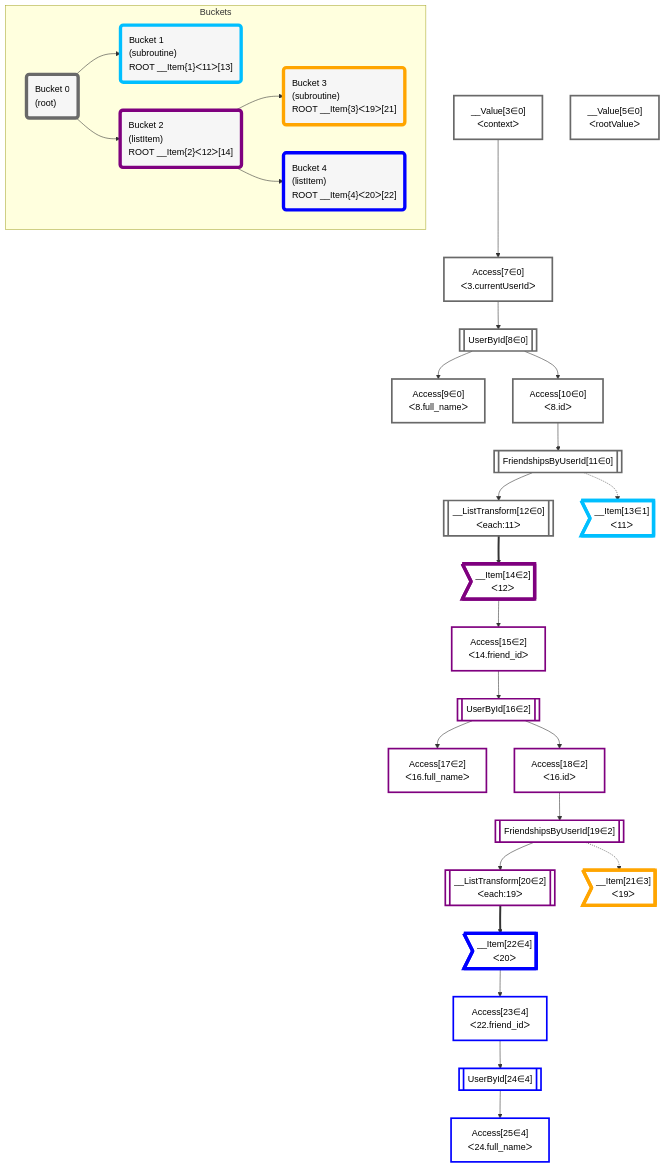
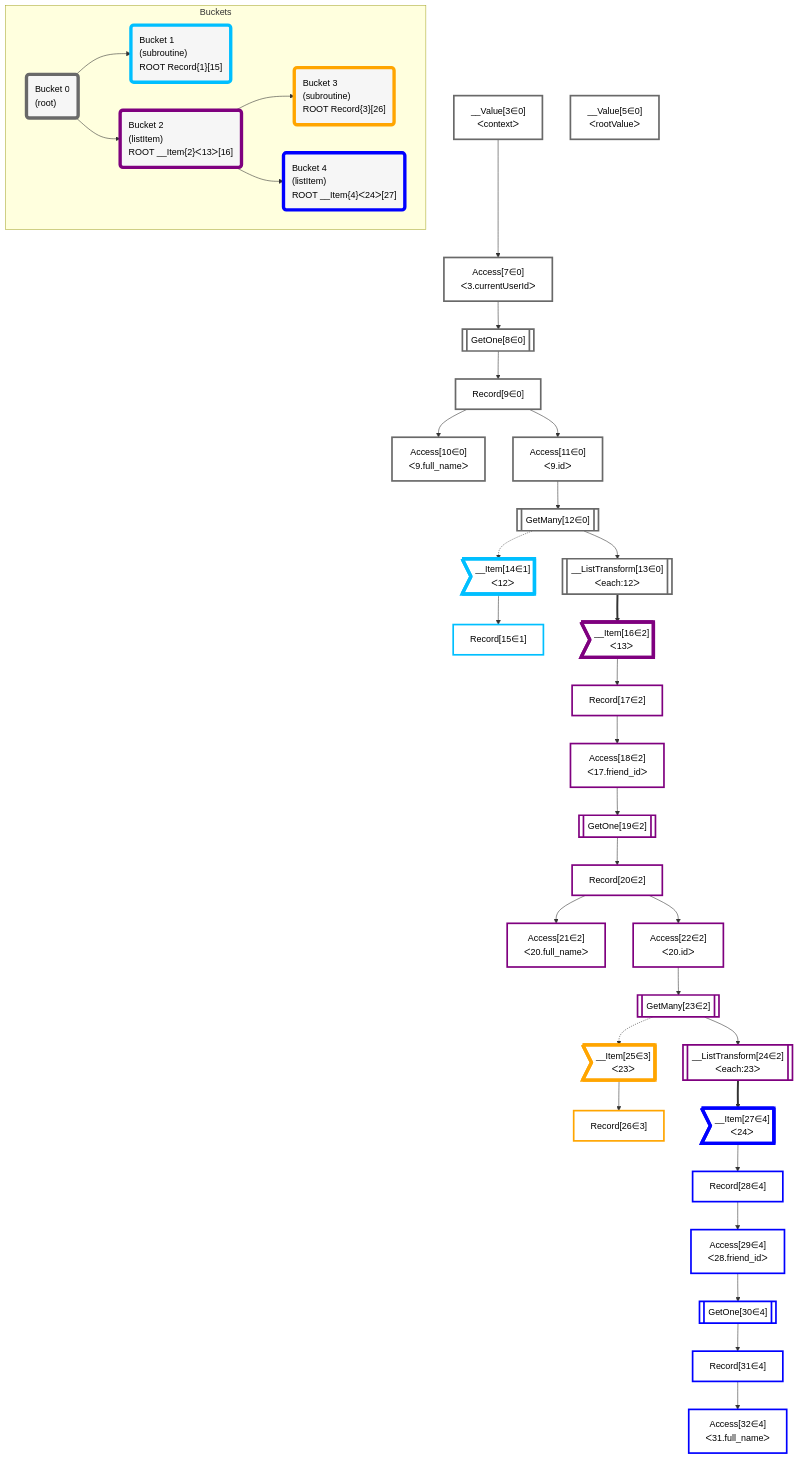
Before and after one commit to graphile/crystal: the diagram in grafast/website/examples/users-and-friends/plan.mermaid, drawn with Mermaid. The commit also changed 2 other files, not shown here.

```diff
--- a/grafast/website/examples/users-and-friends/plan.mermaid
+++ b/grafast/website/examples/users-and-friends/plan.mermaid
@@ -1,71 +1,85 @@
 flowchart TD
     classDef path fill:#eee,stroke:#000,color:#000
     classDef plan fill:#fff,stroke-width:3px,color:#000
     classDef itemplan fill:#fff,stroke-width:6px,color:#000
     classDef sideeffectplan fill:#f00,stroke-width:6px,color:#000
     classDef bucket fill:#f6f6f6,color:#000,stroke-width:6px,text-align:left
 
 
     %% define steps
     __Value3["__Value[3∈0]<br />ᐸcontextᐳ"]:::plan
     __Value5["__Value[5∈0]<br />ᐸrootValueᐳ"]:::plan
     Access7["Access[7∈0]<br />ᐸ3.currentUserIdᐳ"]:::plan
-    UserById8[["UserById[8∈0]"]]:::plan
-    Access9["Access[9∈0]<br />ᐸ8.full_nameᐳ"]:::plan
-    Access10["Access[10∈0]<br />ᐸ8.idᐳ"]:::plan
-    FriendshipsByUserId11[["FriendshipsByUserId[11∈0]"]]:::plan
-    __ListTransform12[["__ListTransform[12∈0]<br />ᐸeach:11ᐳ"]]:::plan
-    __Item13>"__Item[13∈1]<br />ᐸ11ᐳ"]:::itemplan
-    __Item14>"__Item[14∈2]<br />ᐸ12ᐳ"]:::itemplan
-    Access15["Access[15∈2]<br />ᐸ14.friend_idᐳ"]:::plan
-    UserById16[["UserById[16∈2]"]]:::plan
-    Access17["Access[17∈2]<br />ᐸ16.full_nameᐳ"]:::plan
-    Access18["Access[18∈2]<br />ᐸ16.idᐳ"]:::plan
-    FriendshipsByUserId19[["FriendshipsByUserId[19∈2]"]]:::plan
-    __ListTransform20[["__ListTransform[20∈2]<br />ᐸeach:19ᐳ"]]:::plan
-    __Item21>"__Item[21∈3]<br />ᐸ19ᐳ"]:::itemplan
-    __Item22>"__Item[22∈4]<br />ᐸ20ᐳ"]:::itemplan
-    Access23["Access[23∈4]<br />ᐸ22.friend_idᐳ"]:::plan
-    UserById24[["UserById[24∈4]"]]:::plan
-    Access25["Access[25∈4]<br />ᐸ24.full_nameᐳ"]:::plan
+    GetOne8[["GetOne[8∈0]"]]:::plan
+    Record9["Record[9∈0]"]:::plan
+    Access10["Access[10∈0]<br />ᐸ9.full_nameᐳ"]:::plan
+    Access11["Access[11∈0]<br />ᐸ9.idᐳ"]:::plan
+    GetMany12[["GetMany[12∈0]"]]:::plan
+    __ListTransform13[["__ListTransform[13∈0]<br />ᐸeach:12ᐳ"]]:::plan
+    __Item14>"__Item[14∈1]<br />ᐸ12ᐳ"]:::itemplan
+    Record15["Record[15∈1]"]:::plan
+    __Item16>"__Item[16∈2]<br />ᐸ13ᐳ"]:::itemplan
+    Record17["Record[17∈2]"]:::plan
+    Access18["Access[18∈2]<br />ᐸ17.friend_idᐳ"]:::plan
+    GetOne19[["GetOne[19∈2]"]]:::plan
+    Record20["Record[20∈2]"]:::plan
+    Access21["Access[21∈2]<br />ᐸ20.full_nameᐳ"]:::plan
+    Access22["Access[22∈2]<br />ᐸ20.idᐳ"]:::plan
+    GetMany23[["GetMany[23∈2]"]]:::plan
+    __ListTransform24[["__ListTransform[24∈2]<br />ᐸeach:23ᐳ"]]:::plan
+    __Item25>"__Item[25∈3]<br />ᐸ23ᐳ"]:::itemplan
+    Record26["Record[26∈3]"]:::plan
+    __Item27>"__Item[27∈4]<br />ᐸ24ᐳ"]:::itemplan
+    Record28["Record[28∈4]"]:::plan
+    Access29["Access[29∈4]<br />ᐸ28.friend_idᐳ"]:::plan
+    GetOne30[["GetOne[30∈4]"]]:::plan
+    Record31["Record[31∈4]"]:::plan
+    Access32["Access[32∈4]<br />ᐸ31.full_nameᐳ"]:::plan
 
     %% plan dependencies
     __Value3 --> Access7
-    Access7 --> UserById8
-    UserById8 --> Access9
-    UserById8 --> Access10
-    Access10 --> FriendshipsByUserId11
-    FriendshipsByUserId11 --> __ListTransform12
-    FriendshipsByUserId11 -.-> __Item13
-    __ListTransform12 ==> __Item14
-    __Item14 --> Access15
-    Access15 --> UserById16
-    UserById16 --> Access17
-    UserById16 --> Access18
-    Access18 --> FriendshipsByUserId19
-    FriendshipsByUserId19 --> __ListTransform20
-    FriendshipsByUserId19 -.-> __Item21
-    __ListTransform20 ==> __Item22
-    __Item22 --> Access23
-    Access23 --> UserById24
-    UserById24 --> Access25
+    Access7 --> GetOne8
+    GetOne8 --> Record9
+    Record9 --> Access10
+    Record9 --> Access11
+    Access11 --> GetMany12
+    GetMany12 --> __ListTransform13
+    GetMany12 -.-> __Item14
+    __Item14 --> Record15
+    __ListTransform13 ==> __Item16
+    __Item16 --> Record17
+    Record17 --> Access18
+    Access18 --> GetOne19
+    GetOne19 --> Record20
+    Record20 --> Access21
+    Record20 --> Access22
+    Access22 --> GetMany23
+    GetMany23 --> __ListTransform24
+    GetMany23 -.-> __Item25
+    __Item25 --> Record26
+    __ListTransform24 ==> __Item27
+    __Item27 --> Record28
+    Record28 --> Access29
+    Access29 --> GetOne30
+    GetOne30 --> Record31
+    Record31 --> Access32
 
     subgraph Buckets
     Bucket0("Bucket 0<br />(root)"):::bucket
     classDef bucket0 stroke:#696969
-    class Bucket0,__Value3,__Value5,Access7,UserById8,Access9,Access10,FriendshipsByUserId11,__ListTransform12 bucket0
-    Bucket1("Bucket 1<br />(subroutine)<br />ROOT __Item{1}ᐸ11ᐳ[13]"):::bucket
+    class Bucket0,__Value3,__Value5,Access7,GetOne8,Record9,Access10,Access11,GetMany12,__ListTransform13 bucket0
+    Bucket1("Bucket 1<br />(subroutine)<br />ROOT Record{1}[15]"):::bucket
     classDef bucket1 stroke:#00bfff
-    class Bucket1,__Item13 bucket1
-    Bucket2("Bucket 2<br />(listItem)<br />ROOT __Item{2}ᐸ12ᐳ[14]"):::bucket
+    class Bucket1,__Item14,Record15 bucket1
+    Bucket2("Bucket 2<br />(listItem)<br />ROOT __Item{2}ᐸ13ᐳ[16]"):::bucket
     classDef bucket2 stroke:#7f007f
-    class Bucket2,__Item14,Access15,UserById16,Access17,Access18,FriendshipsByUserId19,__ListTransform20 bucket2
-    Bucket3("Bucket 3<br />(subroutine)<br />ROOT __Item{3}ᐸ19ᐳ[21]"):::bucket
+    class Bucket2,__Item16,Record17,Access18,GetOne19,Record20,Access21,Access22,GetMany23,__ListTransform24 bucket2
+    Bucket3("Bucket 3<br />(subroutine)<br />ROOT Record{3}[26]"):::bucket
     classDef bucket3 stroke:#ffa500
-    class Bucket3,__Item21 bucket3
-    Bucket4("Bucket 4<br />(listItem)<br />ROOT __Item{4}ᐸ20ᐳ[22]"):::bucket
+    class Bucket3,__Item25,Record26 bucket3
+    Bucket4("Bucket 4<br />(listItem)<br />ROOT __Item{4}ᐸ24ᐳ[27]"):::bucket
     classDef bucket4 stroke:#0000ff
-    class Bucket4,__Item22,Access23,UserById24,Access25 bucket4
+    class Bucket4,__Item27,Record28,Access29,GetOne30,Record31,Access32 bucket4
     Bucket0 --> Bucket1 & Bucket2
     Bucket2 --> Bucket3 & Bucket4
     end
```
